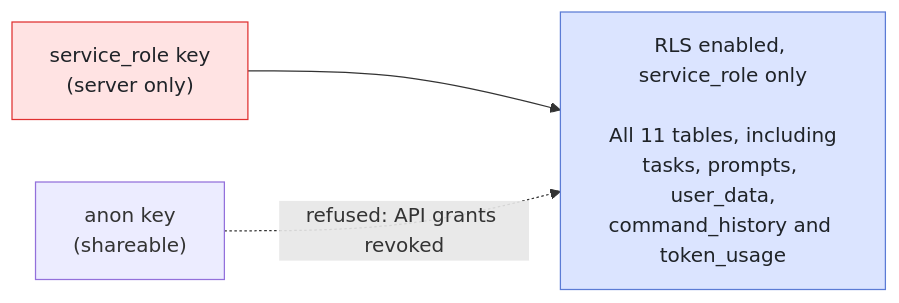
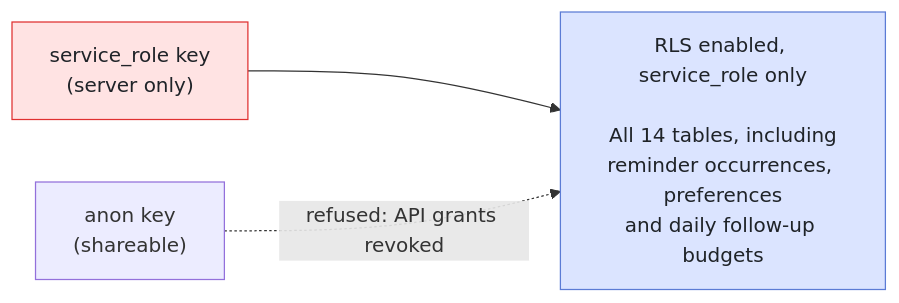
One commit to e1010101/my-helper changed the eighth of 11 diagrams in docs/architecture.md. Above: the diagram before and after it, drawn with Mermaid. The commit also changed other lines of this file and 26 other files, not shown here.

````diff
--- a/docs/architecture.md
+++ b/docs/architecture.md
@@ -392,15 +441,15 @@
 ```mermaid
 flowchart LR
     Service["service_role key<br/>(server only)"]
     Anon["anon key<br/>(shareable)"]
 
-    Private["RLS enabled, service_role only<br/><br/>All 11 tables, including<br/>tasks, prompts, user_data,<br/>command_history and token_usage"]
+    Private["RLS enabled, service_role only<br/><br/>All 14 tables, including<br/>reminder occurrences, preferences<br/>and daily follow-up budgets"]
 
     Service --> Private
     Anon -.->|"refused: API grants revoked"| Private
 
     classDef danger fill:#ffe3e3,stroke:#e03131,color:#1f2328
     classDef private fill:#dbe4ff,stroke:#5b7bd5,color:#1f2328
     class Service danger
     class Private private
 ```
````
